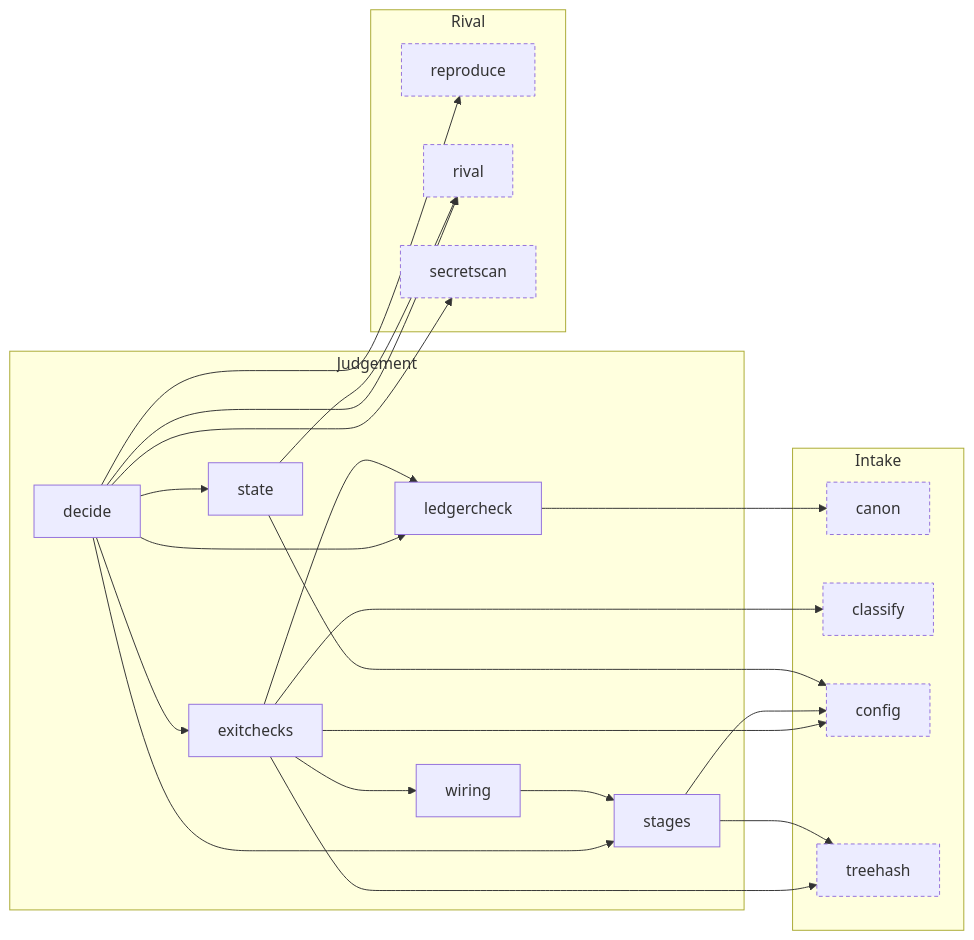
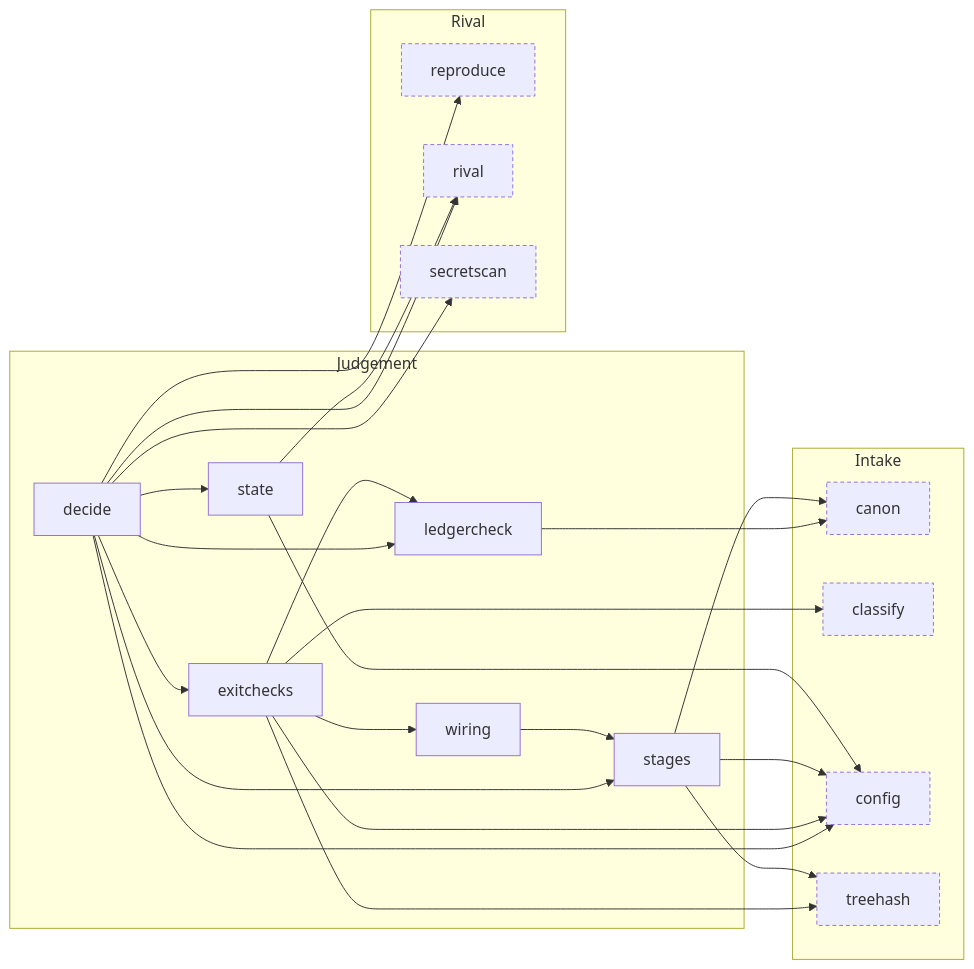
Before and after one commit to Okan-wqm/snowball-mcp: the seventh of 8 diagrams in docs/harita.md, drawn with Mermaid. The commit also changed other lines of this file and 13 other files, not shown here.

````diff
--- a/docs/harita.md
+++ b/docs/harita.md
@@ -326,41 +326,43 @@
 ```mermaid
 flowchart LR
   subgraph a_Judgement["Judgement"]
     m_decide["decide"]
     m_exitchecks["exitchecks"]
     m_ledgercheck["ledgercheck"]
     m_stages["stages"]
     m_state["state"]
     m_wiring["wiring"]
   end
   subgraph a_Intake["Intake"]
     m_canon["canon"]:::outside
     m_classify["classify"]:::outside
     m_config["config"]:::outside
     m_treehash["treehash"]:::outside
   end
   subgraph a_Rival["Rival"]
     m_reproduce["reproduce"]:::outside
     m_rival["rival"]:::outside
     m_secretscan["secretscan"]:::outside
   end
+  m_decide --> m_config
   m_decide --> m_exitchecks
   m_decide --> m_ledgercheck
   m_decide --> m_reproduce
   m_decide --> m_rival
   m_decide --> m_secretscan
   m_decide --> m_stages
   m_decide --> m_state
   m_exitchecks --> m_classify
   m_exitchecks --> m_config
   m_exitchecks --> m_ledgercheck
   m_exitchecks --> m_treehash
   m_exitchecks --> m_wiring
   m_ledgercheck --> m_canon
+  m_stages --> m_canon
   m_stages --> m_config
   m_stages --> m_treehash
   m_state --> m_config
   m_state --> m_rival
   m_wiring --> m_stages
   classDef outside stroke-dasharray: 4 3
 ```
````
